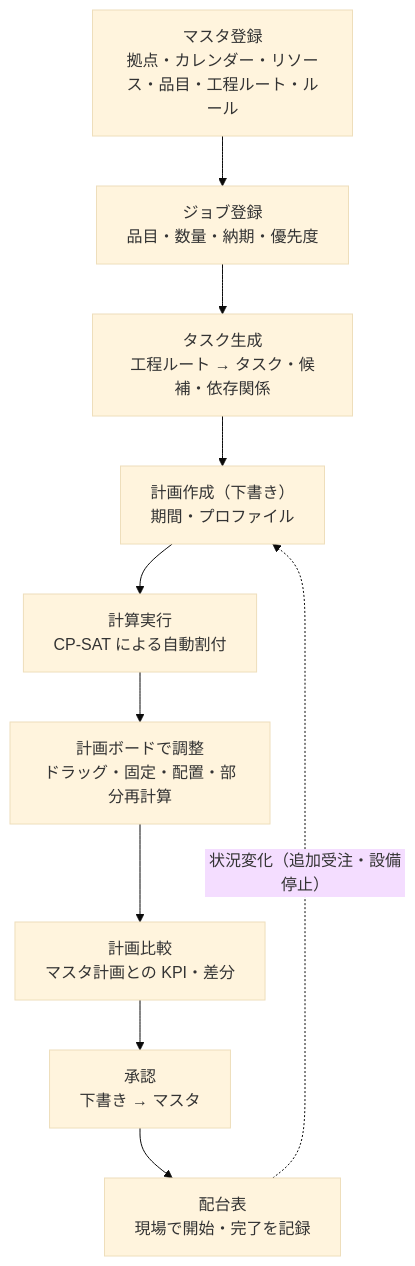
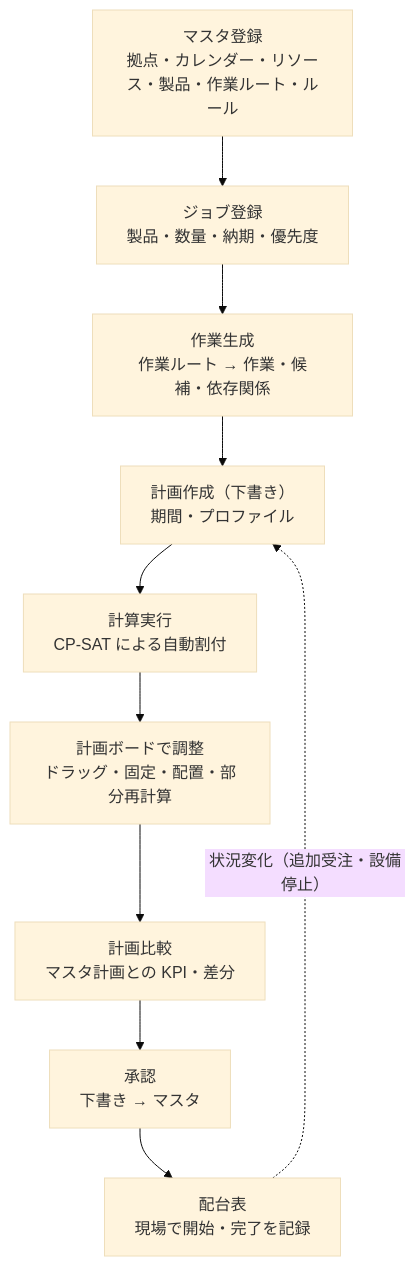
Before and after one commit to tds-dev/TONOPS-SCH-backend: the second of 4 diagrams in docs/SYSTEM_OVERVIEW.md, drawn with Mermaid (base theme). The commit also changed other lines of this file and 26 other files, not shown here.

````diff
--- a/docs/SYSTEM_OVERVIEW.md
+++ b/docs/SYSTEM_OVERVIEW.md
@@ -113,12 +113,12 @@
 ```mermaid
 flowchart TD
-  A["マスタ登録<br/>拠点・カレンダー・リソース・品目・工程ルート・ルール"] --> B["ジョブ登録<br/>品目・数量・納期・優先度"]
-  B --> C["タスク生成<br/>工程ルート → タスク・候補・依存関係"]
+  A["マスタ登録<br/>拠点・カレンダー・リソース・製品・作業ルート・ルール"] --> B["ジョブ登録<br/>製品・数量・納期・優先度"]
+  B --> C["作業生成<br/>作業ルート → 作業・候補・依存関係"]
   C --> D["計画作成（下書き）<br/>期間・プロファイル"]
   D --> E["計算実行<br/>CP-SAT による自動割付"]
   E --> F["計画ボードで調整<br/>ドラッグ・固定・配置・部分再計算"]
   F --> G["計画比較<br/>マスタ計画との KPI・差分"]
   G --> H["承認<br/>下書き → マスタ"]
   H --> I["配台表<br/>現場で開始・完了を記録"]
   I -.->|"状況変化（追加受注・設備停止）"| D
 ```
````
